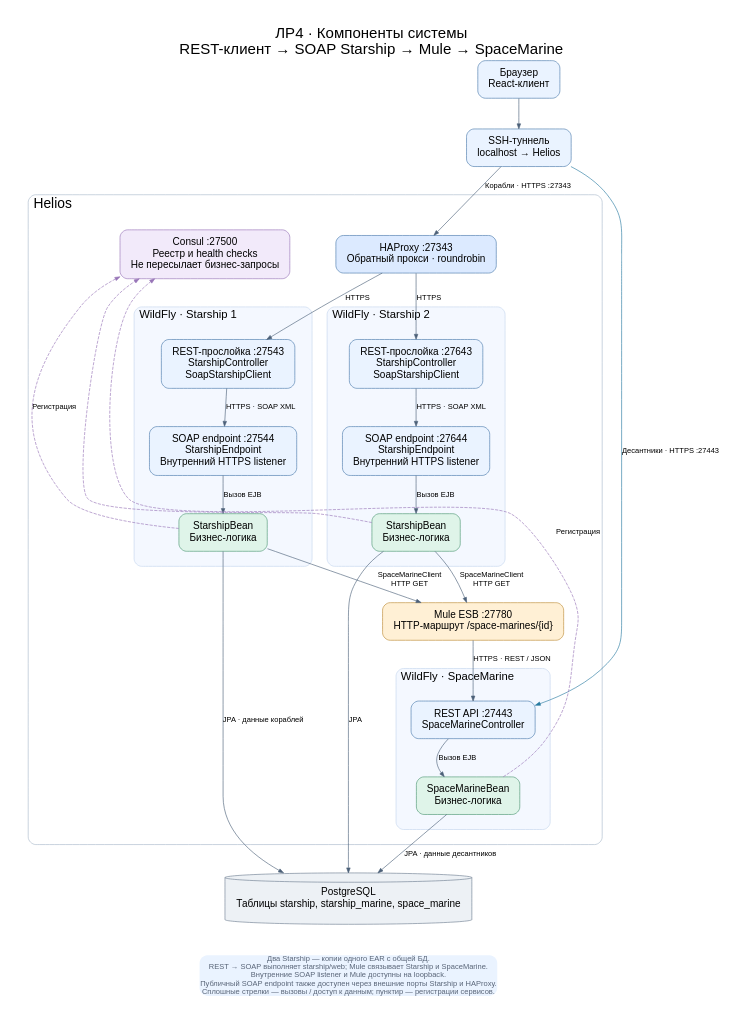
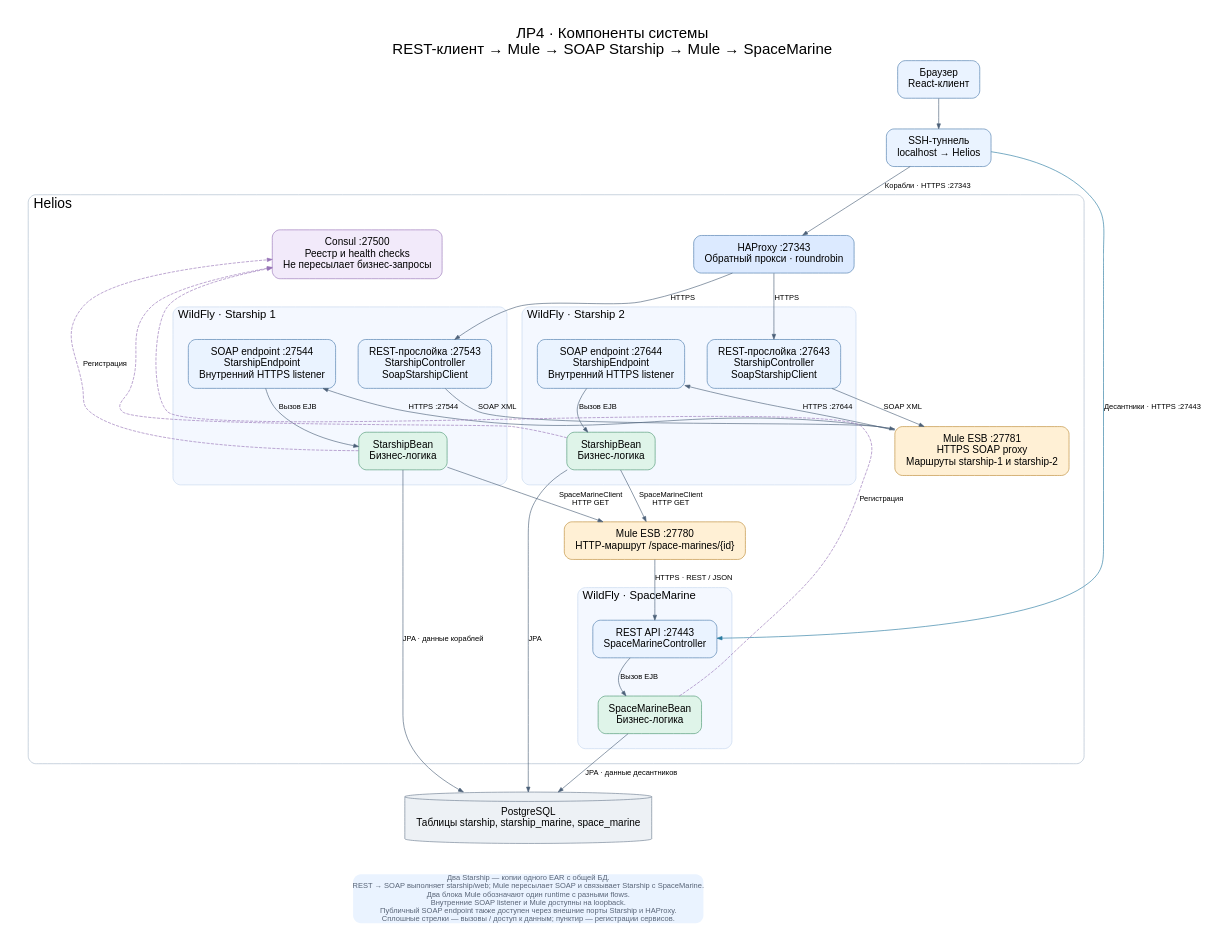
Before and after one commit to arekalov/soa-labs: the diagram in docs/diagrams/lab4-components.dot, drawn with Graphviz. The commit also changed 18 other files, not shown here.

Commit message:
Route Starship facade SOAP calls through Mule and update diagrams

```diff
--- a/docs/diagrams/lab4-components.dot
+++ b/docs/diagrams/lab4-components.dot
@@ -1,52 +1,57 @@
 digraph Components {
-  graph [rankdir=TB, bgcolor="#ffffff", pad=0.4, nodesep=0.5, ranksep=0.65, fontname="Arial", fontsize=24, labelloc=t, label="ЛР4 · Компоненты системы\nREST-клиент → SOAP Starship → Mule → SpaceMarine"];
+  graph [rankdir=TB, bgcolor="#ffffff", pad=0.4, nodesep=0.5, ranksep=0.65, fontname="Arial", fontsize=24, labelloc=t, label="ЛР4 · Компоненты системы\nREST-клиент → Mule → SOAP Starship → Mule → SpaceMarine"];
   node [shape=box, style="rounded,filled", fillcolor="#eaf3ff", color="#4978ab", fontname="Arial", fontsize=16, margin="0.22,0.16"];
   edge [fontname="Arial", fontsize=12, color="#4c6078", arrowsize=0.8];
   browser [label="Браузер\nReact-клиент"];
   tunnel [label="SSH-туннель\nlocalhost → Helios"];
   browser -> tunnel;
   subgraph cluster_helios {
     label="Helios"; labeljust=l; fontname="Arial"; fontsize=22; color="#a9b8ca"; style="rounded"; margin=24;
     ha [label="HAProxy :27343\nОбратный прокси · roundrobin", fillcolor="#dceaff"];
     subgraph cluster_s1 {
       label="WildFly · Starship 1"; labeljust=l; fontsize=18; style="rounded,filled"; fillcolor="#f4f8ff"; color="#c4d5ed";
       r1 [label="REST-прослойка :27543\nStarshipController\nSoapStarshipClient"];
       s1 [label="SOAP endpoint :27544\nStarshipEndpoint\nВнутренний HTTPS listener"];
       b1 [label="StarshipBean\nБизнес-логика", fillcolor="#dff4e9", color="#4b9671"];
-      r1 -> s1 [label="HTTPS · SOAP XML"];
+
       s1 -> b1 [label="Вызов EJB"];
     }
     subgraph cluster_s2 {
       label="WildFly · Starship 2"; labeljust=l; fontsize=18; style="rounded,filled"; fillcolor="#f4f8ff"; color="#c4d5ed";
       r2 [label="REST-прослойка :27643\nStarshipController\nSoapStarshipClient"];
       s2 [label="SOAP endpoint :27644\nStarshipEndpoint\nВнутренний HTTPS listener"];
       b2 [label="StarshipBean\nБизнес-логика", fillcolor="#dff4e9", color="#4b9671"];
-      r2 -> s2 [label="HTTPS · SOAP XML"];
+
       s2 -> b2 [label="Вызов EJB"];
     }
+    soapmule [label="Mule ESB :27781\nHTTPS SOAP proxy\nМаршруты starship-1 и starship-2", fillcolor="#fff0d5", color="#bc8b34"];
+    r1 -> soapmule [label="SOAP XML"];
+    r2 -> soapmule [label="SOAP XML"];
+    soapmule -> s1 [label="HTTPS :27544"];
+    soapmule -> s2 [label="HTTPS :27644"];
     mule [label="Mule ESB :27780\nHTTP-маршрут /space-marines/{id}", fillcolor="#fff0d5", color="#bc8b34"];
     subgraph cluster_sm {
       label="WildFly · SpaceMarine"; labeljust=l; fontsize=18; style="rounded,filled"; fillcolor="#f4f8ff"; color="#c4d5ed";
       restsm [label="REST API :27443\nSpaceMarineController"];
       beansm [label="SpaceMarineBean\nБизнес-логика", fillcolor="#dff4e9", color="#4b9671"];
       restsm -> beansm [label="Вызов EJB"];
     }
     consul [label="Consul :27500\nРеестр и health checks\nНе пересылает бизнес-запросы", fillcolor="#f2eafa", color="#9774b7"];
     ha -> r1 [label="HTTPS"];
     ha -> r2 [label="HTTPS"];
     b1 -> mule [label="SpaceMarineClient\nHTTP GET"];
     b2 -> mule [label="SpaceMarineClient\nHTTP GET"];
     mule -> restsm [label="HTTPS · REST / JSON"];
     b1 -> consul [style=dashed, color="#9774b7", label="Регистрация", constraint=false];
     b2 -> consul [style=dashed, color="#9774b7", constraint=false];
     beansm -> consul [style=dashed, color="#9774b7", label="Регистрация", constraint=false];
   }
   tunnel -> ha [label="Корабли · HTTPS :27343"];
   tunnel -> restsm [label="Десантники · HTTPS :27443", color="#287aa0"];
   db [shape=cylinder, label="PostgreSQL\nТаблицы starship, starship_marine, space_marine", fillcolor="#edf1f5", color="#6d7d90"];
   b1 -> db [label="JPA · данные кораблей"];
   b2 -> db [label="JPA"];
   beansm -> db [label="JPA · данные десантников"];
-  note [shape=plain, fontsize=12, fontcolor="#596578", label="Два Starship — копии одного EAR с общей БД.\nREST → SOAP выполняет starship/web; Mule связывает Starship и SpaceMarine.\nВнутренние SOAP listener и Mule доступны на loopback.\nПубличный SOAP endpoint также доступен через внешние порты Starship и HAProxy.\nСплошные стрелки — вызовы / доступ к данным; пунктир — регистрации сервисов."];
+  note [shape=plain, fontsize=12, fontcolor="#596578", label="Два Starship — копии одного EAR с общей БД.\nREST → SOAP выполняет starship/web; Mule пересылает SOAP и связывает Starship с SpaceMarine.\nДва блока Mule обозначают один runtime с разными flows.\nВнутренние SOAP listener и Mule доступны на loopback.\nПубличный SOAP endpoint также доступен через внешние порты Starship и HAProxy.\nСплошные стрелки — вызовы / доступ к данным; пунктир — регистрации сервисов."];
   db -> note [style=invis];
 }
```
